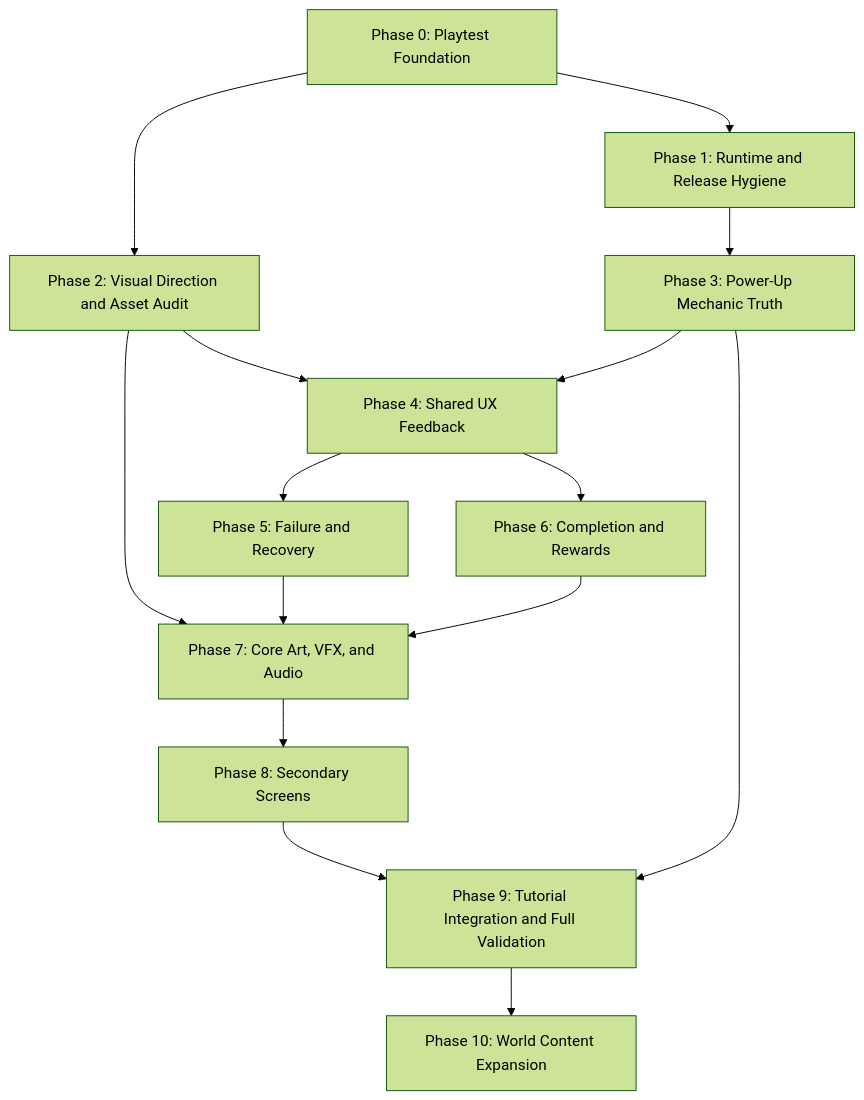
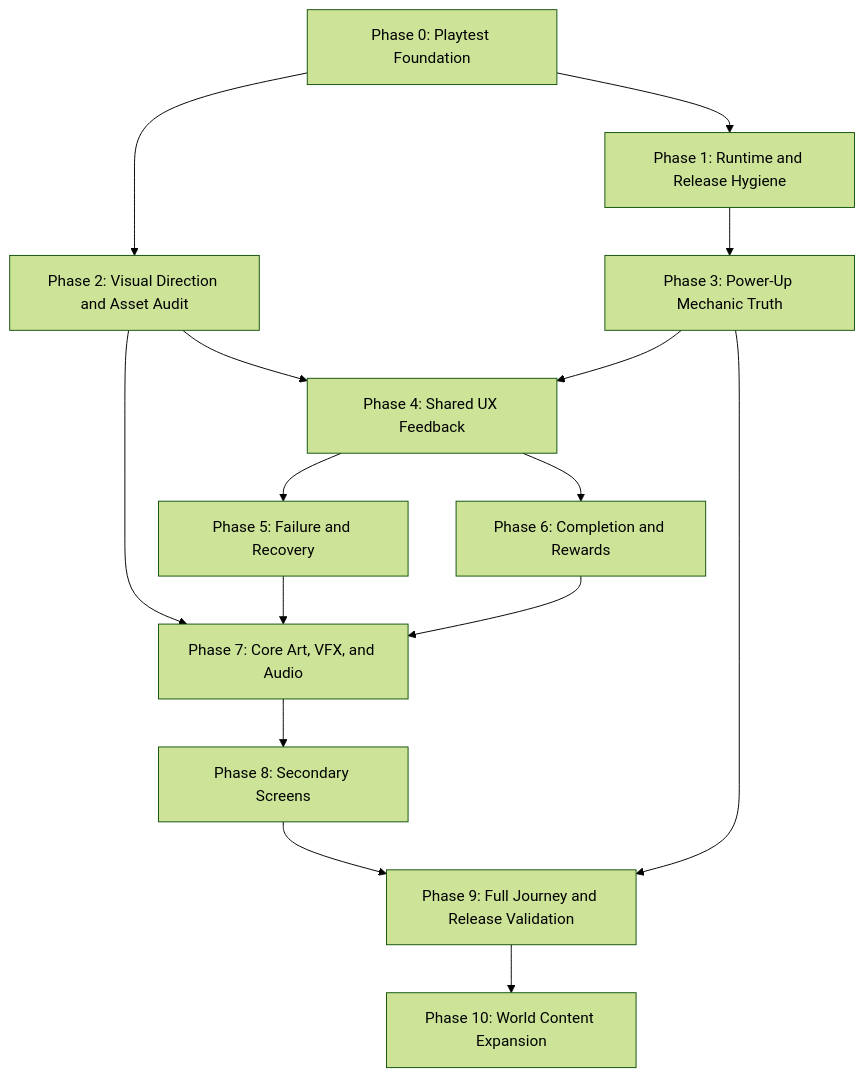
The diagram in CORE_GAMEPLAY_REFINEMENT_PHASES.md (Jonsi/Knife-Toss), drawn with Mermaid (forest theme) before and after one commit. The commit also changed other lines of this file and 72 other files, not shown here.

````diff
--- a/CORE_GAMEPLAY_REFINEMENT_PHASES.md
+++ b/CORE_GAMEPLAY_REFINEMENT_PHASES.md
@@ -41,17 +41,17 @@
 ```mermaid
 flowchart TD
     P0["Phase 0: Playtest Foundation"] --> P1["Phase 1: Runtime and Release Hygiene"]
     P0 --> P2["Phase 2: Visual Direction and Asset Audit"]
     P1 --> P3["Phase 3: Power-Up Mechanic Truth"]
     P2 --> P4["Phase 4: Shared UX Feedback"]
     P3 --> P4
     P4 --> P5["Phase 5: Failure and Recovery"]
     P4 --> P6["Phase 6: Completion and Rewards"]
     P2 --> P7["Phase 7: Core Art, VFX, and Audio"]
     P5 --> P7
     P6 --> P7
     P7 --> P8["Phase 8: Secondary Screens"]
-    P8 --> P9["Phase 9: Tutorial Integration and Full Validation"]
+    P8 --> P9["Phase 9: Full Journey and Release Validation"]
     P3 --> P9
     P9 --> P10["Phase 10: World Content Expansion"]
 ```
````
